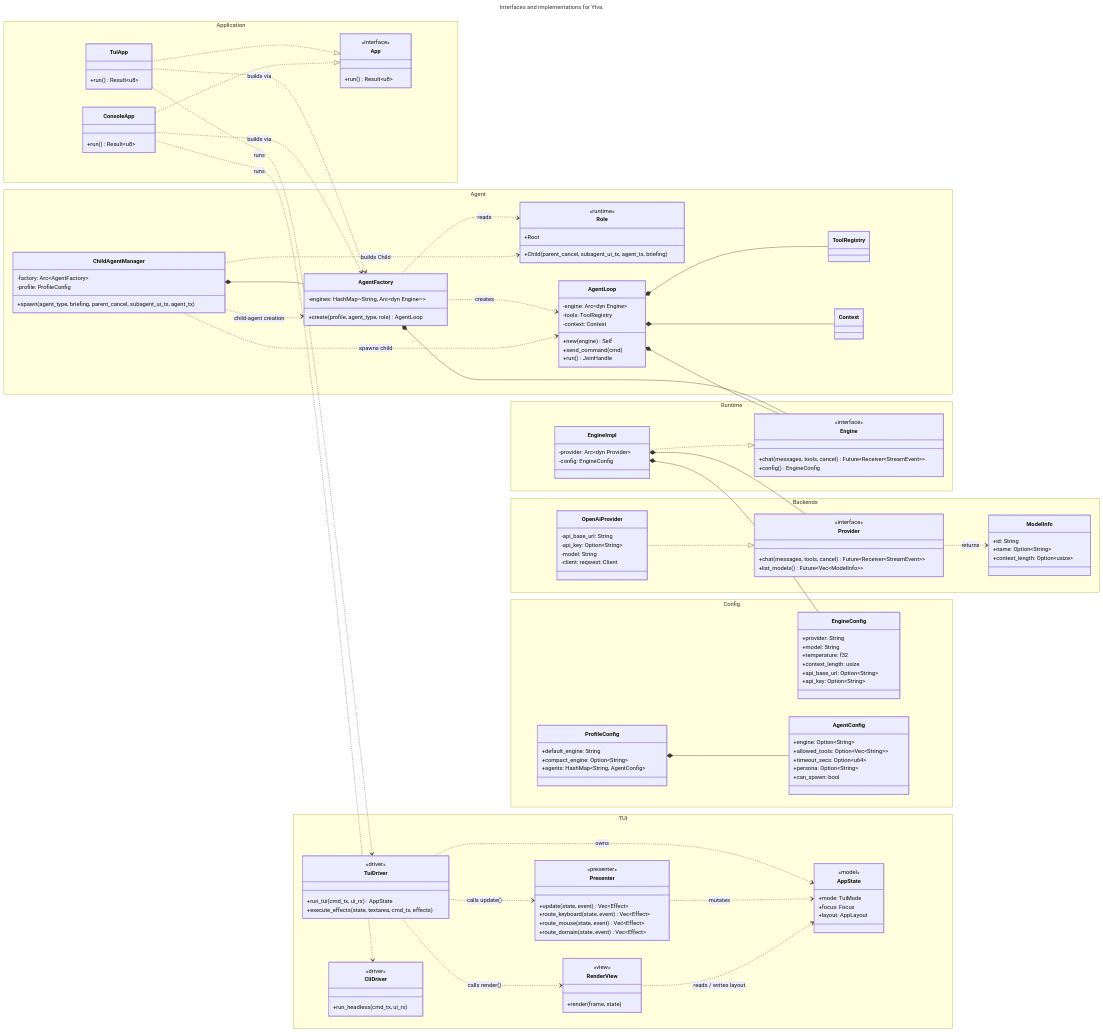
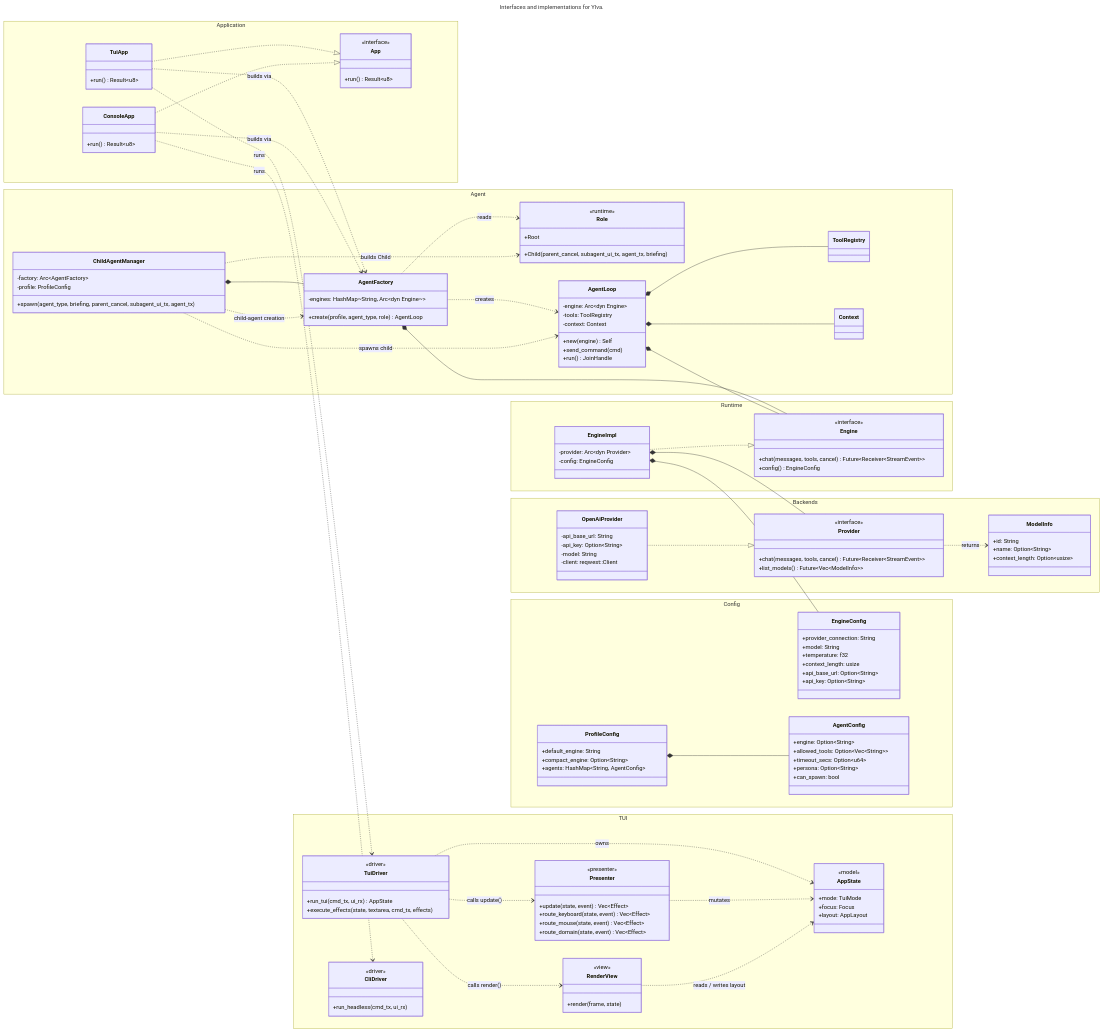
Before and after one commit to manuel-koch/ylva: the diagram in docs/class-diagram.mmd, drawn with Mermaid. The commit also changed 59 other files, not shown here.

```diff
--- a/docs/class-diagram.mmd
+++ b/docs/class-diagram.mmd
@@ -1,160 +1,160 @@
 ---
 title: Interfaces and implementations for Ylva.
 layout: elk
 ---
 
 classDiagram
     direction LR
 
     namespace Application {
         class App {
             <<interface>>
             +run() Result~u8~
         }
         class TuiApp {
             +run() Result~u8~
         }
         class ConsoleApp {
             +run() Result~u8~
         }
     }
 
     namespace Agent {
         class AgentFactory {
             -engines: HashMap~String, Arc~dyn Engine~~
             +create(profile, agent_type, role) AgentLoop
         }
         class Role {
             <<runtime>>
             +Root
             +Child(parent_cancel, subagent_ui_tx, agent_tx, briefing)
         }
         class ChildAgentManager {
             -factory: Arc~AgentFactory~
             -profile: ProfileConfig
             +spawn(agent_type, briefing, parent_cancel, subagent_ui_tx, agent_tx)
         }
         class AgentLoop {
             -engine: Arc~dyn Engine~
             -tools: ToolRegistry
             -context: Context
             +new(engine) Self
             +send_command(cmd)
             +run() JoinHandle
         }
         class ToolRegistry {}
         class Context {}
     }
 
     namespace Runtime {
         class EngineImpl {
             -provider: Arc~dyn Provider~
             -config: EngineConfig
         }
         class Engine {
             <<interface>>
             +chat(messages, tools, cancel) Future~Receiver~StreamEvent~~
             +config() EngineConfig
         }
     }
 
     namespace Backends {
         class Provider {
             <<interface>>
             +chat(messages, tools, cancel) Future~Receiver~StreamEvent~~
             +list_models() Future~Vec~ModelInfo~~
         }
         class ModelInfo {
             +id: String
             +name: Option~String~
             +context_length: Option~usize~
         }
         class OpenAiProvider {
             -api_base_url: String
             -api_key: Option~String~
             -model: String
             -client: reqwest::Client
         }
     }
 
     namespace Config {
         class EngineConfig {
-            +provider: String
+            +provider_connection: String
             +model: String
             +temperature: f32
             +context_length: usize
             +api_base_url: Option~String~
             +api_key: Option~String~
         }
         class ProfileConfig {
             +default_engine: String
             +compact_engine: Option~String~
             +agents: HashMap~String, AgentConfig~
         }
         class AgentConfig {
             +engine: Option~String~
             +allowed_tools: Option~Vec~String~~
             +timeout_secs: Option~u64~
             +persona: Option~String~
             +can_spawn: bool
         }
     }
 
     %% ---- TUI internal modules ----
     namespace TUI {
         class AppState {
             <<model>>
             +mode: TuiMode
             +focus: Focus
             +layout: AppLayout
         }
         class Presenter {
             <<presenter>>
             +update(state, event) Vec~Effect~
             +route_keyboard(state, event) Vec~Effect~
             +route_mouse(state, event) Vec~Effect~
             +route_domain(state, event) Vec~Effect~
         }
         class RenderView {
             <<view>>
             +render(frame, state)
         }
         class TuiDriver {
             <<driver>>
             +run_tui(cmd_tx, ui_rx) AppState
             +execute_effects(state, textarea, cmd_tx, effects)
         }
         class CliDriver {
             <<driver>>
             +run_headless(cmd_tx, ui_rx)
         }
     }
 
     %% ---- Relationships ----
     TuiApp ..|> App
     ConsoleApp ..|> App
     TuiApp ..> TuiDriver : runs
     TuiDriver ..> AppState : owns
     TuiDriver ..> Presenter : calls update()
     TuiDriver ..> RenderView : calls render()
     Presenter ..> AppState : mutates
     RenderView ..> AppState : reads / writes layout
     ConsoleApp ..> CliDriver : runs
     AgentFactory ..> AgentLoop : creates
     AgentFactory ..> Role : reads
     ChildAgentManager *-- AgentFactory
     ChildAgentManager ..> Role : builds Child
     ChildAgentManager ..> AgentFactory : child-agent creation
     ChildAgentManager ..> AgentLoop : spawns child
     AgentLoop *-- ToolRegistry
     AgentLoop *-- Context
     EngineImpl ..|> Engine
     EngineImpl *-- EngineConfig
     OpenAiProvider ..|> Provider
     Provider ..> ModelInfo : returns
     ProfileConfig *-- AgentConfig
     TuiApp ..> AgentFactory : builds via
     ConsoleApp ..> AgentFactory : builds via
     AgentFactory *-- Engine
     AgentLoop *-- Engine
     EngineImpl *-- Provider
```
